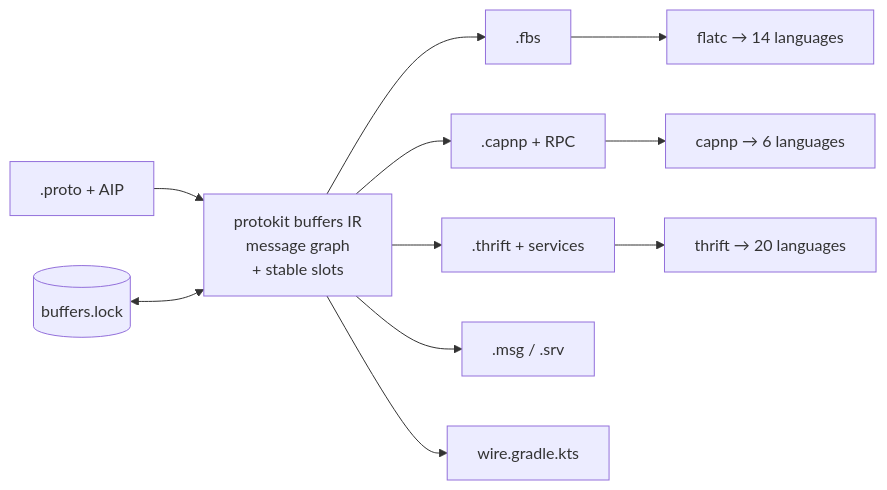
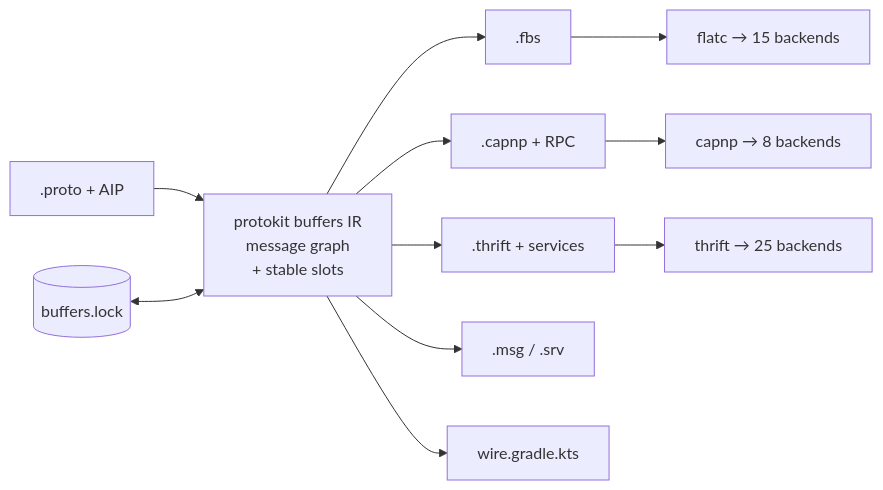
Before and after one commit to the-protobuf-project/buffers: the first of 5 diagrams in README.md, drawn with Mermaid. The commit also changed other lines of this file and 22 other files, not shown here.

````diff
--- a/README.md
+++ b/README.md
@@ -50,13 +61,13 @@
 ```mermaid
 flowchart LR
     P[".proto + AIP"] --> IR["protokit buffers IR<br/>message graph<br/>+ stable slots"]
     L[("buffers.lock")] <--> IR
     IR --> FB[".fbs"]
     IR --> CP[".capnp + RPC"]
     IR --> TH[".thrift + services"]
     IR --> RS[".msg / .srv"]
     IR --> WR["wire.gradle.kts"]
-    FB --> FC["flatc → 14 languages"]
-    CP --> CC["capnp → 6 languages"]
-    TH --> TC["thrift → 20 languages"]
+    FB --> FC["flatc → 15 backends"]
+    CP --> CC["capnp → 8 backends"]
+    TH --> TC["thrift → 25 backends"]
 ```
````
